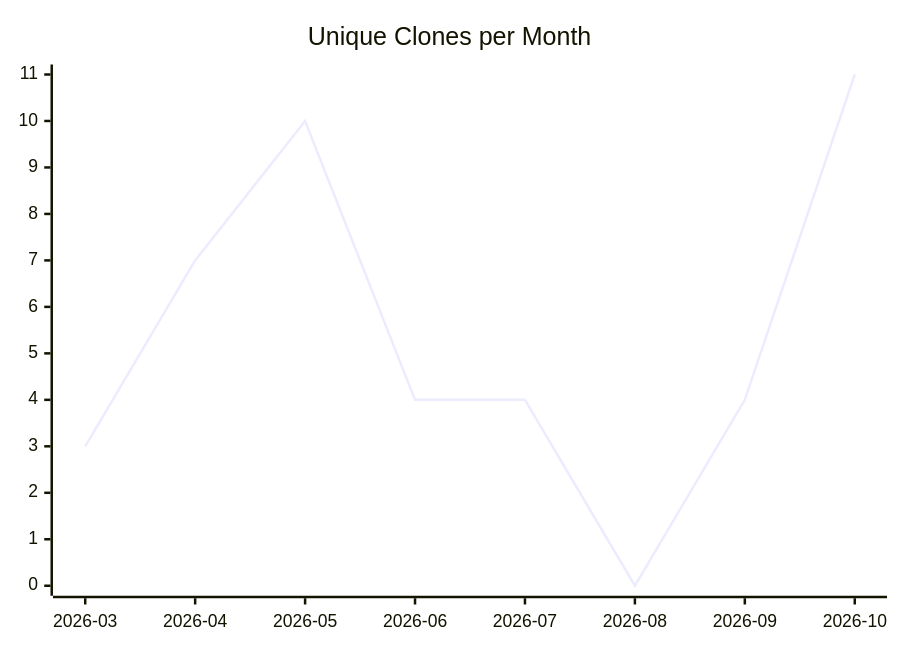
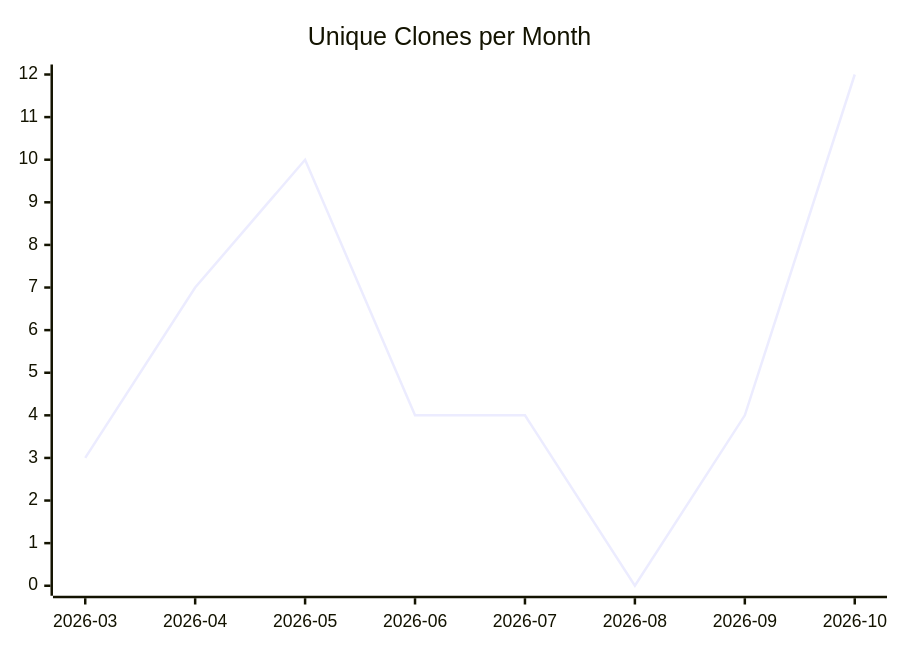
The third of 3 diagrams in karlmdavis/test-repo-for-move/README.md (justdavis-family/github-analytics-data), drawn with Mermaid before and after one commit. The commit also changed other lines of this file and 197 other files, not shown here.

````diff
--- a/karlmdavis/test-repo-for-move/README.md
+++ b/karlmdavis/test-repo-for-move/README.md
@@ -19,6 +19,6 @@
 ```mermaid
 xychart-beta
   title "Unique Clones per Month"
   x-axis ["2026-03", "2026-04", "2026-05", "2026-06", "2026-07", "2026-08", "2026-09", "2026-10"]
-  line [3, 7, 10, 4, 4, 0, 4, 11]
+  line [3, 7, 10, 4, 4, 0, 4, 12]
 ```
````
